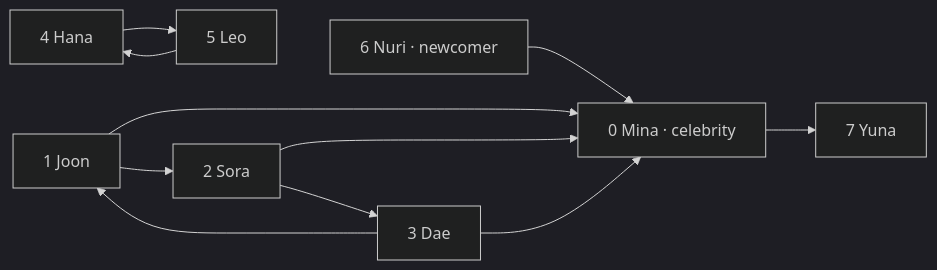
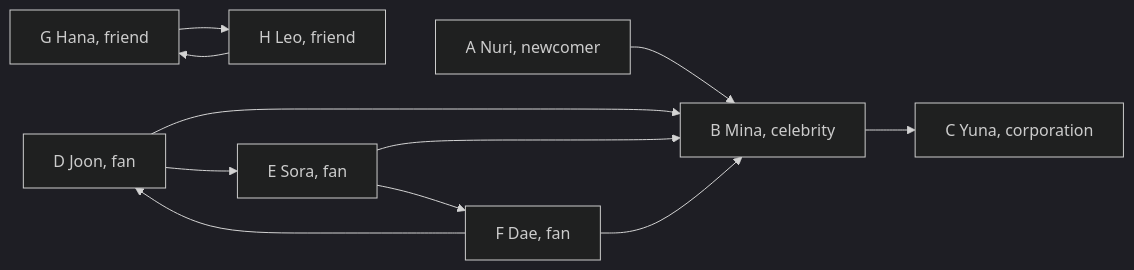
The diagram in module_03_graph/student/textbook.md (chaebkimm/data_structure_2026), drawn with Mermaid (dark theme) before and after one commit. The commit also changed other lines of this file and 2 other files, not shown here.

Commit message:
graph textbook update

````diff
--- a/module_03_graph/student/textbook.md
+++ b/module_03_graph/student/textbook.md
@@ -11,13 +11,13 @@
 ```mermaid
 flowchart LR
-    nuri["6 Nuri · newcomer"] --> mina["0 Mina · celebrity"]
-    mina --> yuna["7 Yuna"]
-    joon["1 Joon"] --> mina
-    joon --> sora["2 Sora"]
+    nuri["A Nuri, newcomer"] --> mina["B Mina, celebrity"]
+    mina --> yuna["C Yuna, corporation"]
+    joon["D Joon, fan"] --> mina
+    joon --> sora["E Sora, fan"]
     sora --> mina
-    sora --> dae["3 Dae"]
+    sora --> dae["F Dae, fan"]
     dae --> mina
     dae --> joon
-    hana["4 Hana"] --> leo["5 Leo"]
+    hana["G Hana, friend"] --> leo["H Leo, friend"]
     leo --> hana
 ```
````
